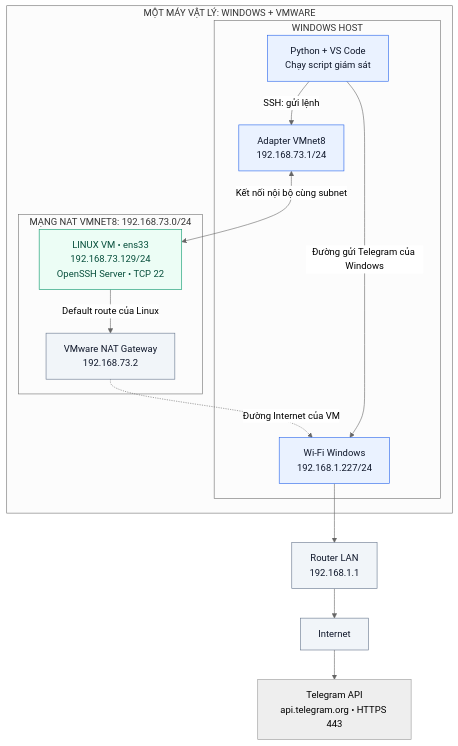
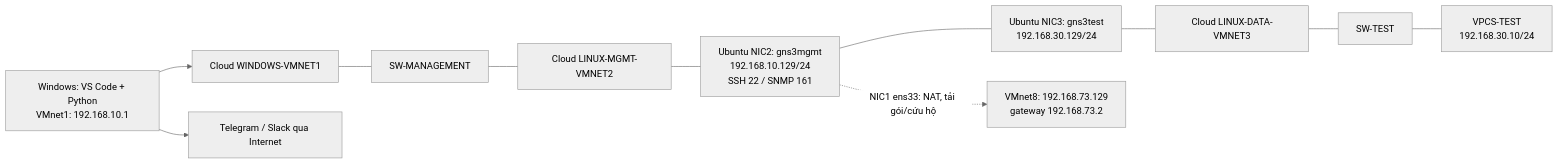
One commit to tunato2807-del/qtmnc changed the diagram in docs/diagrams/source/02-trien-khai-vmware.mmd. Above: the diagram before and after it, drawn with Mermaid (neutral theme). The commit also changed 68 other files, not shown here.

Commit message:
Rebuild monitoring project for GNS3 SSH SNMP lab with detailed Windows guide

```diff
--- a/docs/diagrams/source/02-trien-khai-vmware.mmd
+++ b/docs/diagrams/source/02-trien-khai-vmware.mmd
@@ -1,27 +1,11 @@
-flowchart TB
-    subgraph physical["MỘT MÁY VẬT LÝ: WINDOWS + VMWARE"]
-        subgraph windows["WINDOWS HOST"]
-            monitor["Python + VS Code<br/>Chạy script giám sát"]
-            vmnet8["Adapter VMnet8<br/>192.168.73.1/24"]
-            wifi["Wi-Fi Windows<br/>192.168.1.227/24"]
-        end
-        subgraph nat["MẠNG NAT VMNET8: 192.168.73.0/24"]
-            linux["LINUX VM • ens33<br/>192.168.73.129/24<br/>OpenSSH Server • TCP 22"]
-            gateway["VMware NAT Gateway<br/>192.168.73.2"]
-        end
-        monitor -->|"SSH: gửi lệnh"| vmnet8
-        vmnet8 <-->|"Kết nối nội bộ cùng subnet"| linux
-        linux -->|"Default route của Linux"| gateway
-        gateway -. "Đường Internet của VM" .-> wifi
-        monitor -->|"Đường gửi Telegram của Windows"| wifi
-    end
-    router["Router LAN<br/>192.168.1.1"]
-    internet["Internet"]
-    api["Telegram API<br/>api.telegram.org • HTTPS 443"]
-    wifi --> router --> internet --> api
-    classDef host fill:#eaf2ff,stroke:#2563eb,color:#0f172a;
-    classDef vm fill:#ecfdf5,stroke:#059669,color:#064e3b;
-    classDef network fill:#f1f5f9,stroke:#64748b,color:#0f172a;
-    class monitor,vmnet8,wifi host;
-    class linux vm;
-    class gateway,router,internet network;
+flowchart LR
+  W["Windows: VS Code + Python<br/>VMnet1: 192.168.10.1"] --> C1["Cloud WINDOWS-VMNET1"]
+  C1 --- S1["SW-MANAGEMENT"]
+  S1 --- C2["Cloud LINUX-MGMT-VMNET2"]
+  C2 --- L["Ubuntu NIC2: gns3mgmt<br/>192.168.10.129/24<br/>SSH 22 / SNMP 161"]
+  L --- T["Ubuntu NIC3: gns3test<br/>192.168.30.129/24"]
+  T --- C3["Cloud LINUX-DATA-VMNET3"]
+  C3 --- S2["SW-TEST"]
+  S2 --- V["VPCS-TEST<br/>192.168.30.10/24"]
+  W --> M["Telegram / Slack qua Internet"]
+  L -. "NIC1 ens33: NAT, tải gói/cứu hộ" .-> N["VMnet8: 192.168.73.129<br/>gateway 192.168.73.2"]
```
